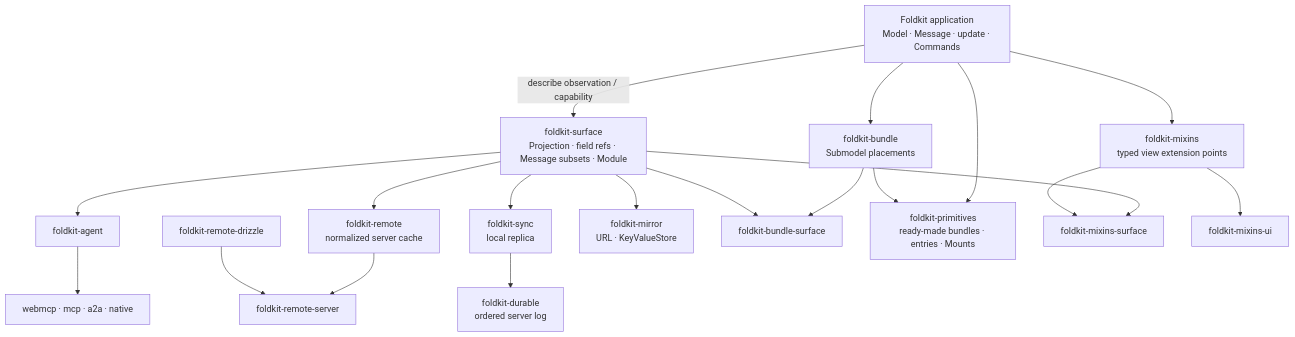
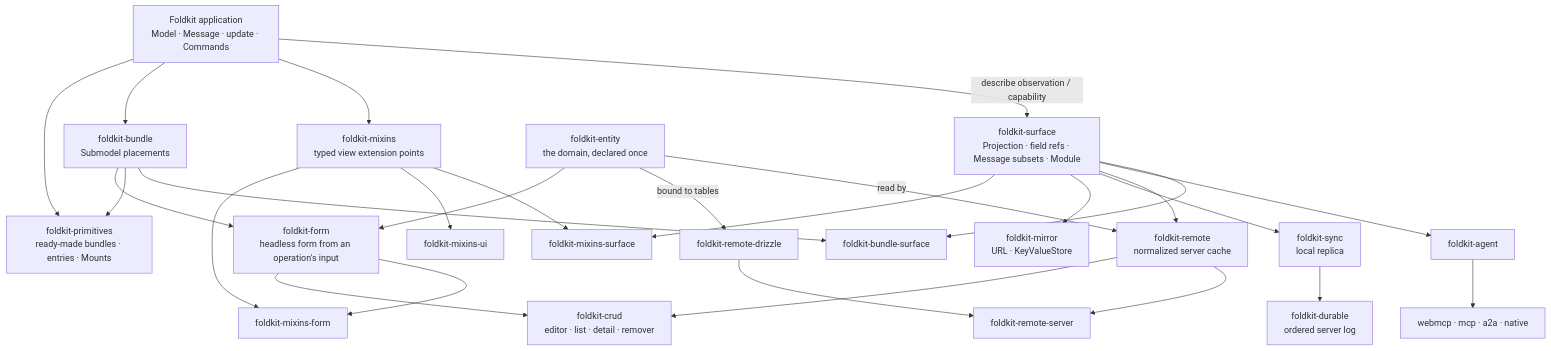
One commit to doeixd/foldkit-plus changed the diagram in README.md. Above: the diagram before and after it, drawn with Mermaid. The commit also changed other lines of this file and 3 other files, not shown here.

First line of the commit message:
Bring the root README up to 0.7: Entity, Form, and Crud in the map

````diff
--- a/README.md
+++ b/README.md
@@ -259,34 +259,46 @@
 ```mermaid
 flowchart TB
   app["Foldkit application<br/>Model · Message · update · Commands"]
   surface["foldkit-surface<br/>Projection · field refs · Message subsets · Module"]
   agent["foldkit-agent"]
   agentAdapters["webmcp · mcp · a2a · native"]
   remote["foldkit-remote<br/>normalized server cache"]
   server["foldkit-remote-server"]
   drizzle["foldkit-remote-drizzle"]
   sync["foldkit-sync<br/>local replica"]
   durable["foldkit-durable<br/>ordered server log"]
   mirror["foldkit-mirror<br/>URL · KeyValueStore"]
   bundle["foldkit-bundle<br/>Submodel placements"]
   bundleSurface["foldkit-bundle-surface"]
   primitives["foldkit-primitives<br/>ready-made bundles · entries · Mounts"]
   mixins["foldkit-mixins<br/>typed view extension points"]
   mixinsSurface["foldkit-mixins-surface"]
   mixinsUi["foldkit-mixins-ui"]
+  entity["foldkit-entity<br/>the domain, declared once"]
+  form["foldkit-form<br/>headless form from an operation's input"]
+  mixinsForm["foldkit-mixins-form"]
+  crud["foldkit-crud<br/>editor · list · detail · remover"]
 
   app -- "describe observation / capability" --> surface
   app --> mixins
   app --> bundle --> bundleSurface
   app --> primitives
   bundle --> primitives
   surface --> bundleSurface
   surface --> agent --> agentAdapters
   surface --> remote --> server
   drizzle --> server
   surface --> sync --> durable
   surface --> mirror
   surface --> mixinsSurface
   mixins --> mixinsSurface
   mixins --> mixinsUi
+  entity -- "read by" --> remote
+  entity -- "bound to tables" --> drizzle
+  entity --> form
+  bundle --> form
+  form --> mixinsForm
+  mixins --> mixinsForm
+  form --> crud
+  remote --> crud
 ```
````
